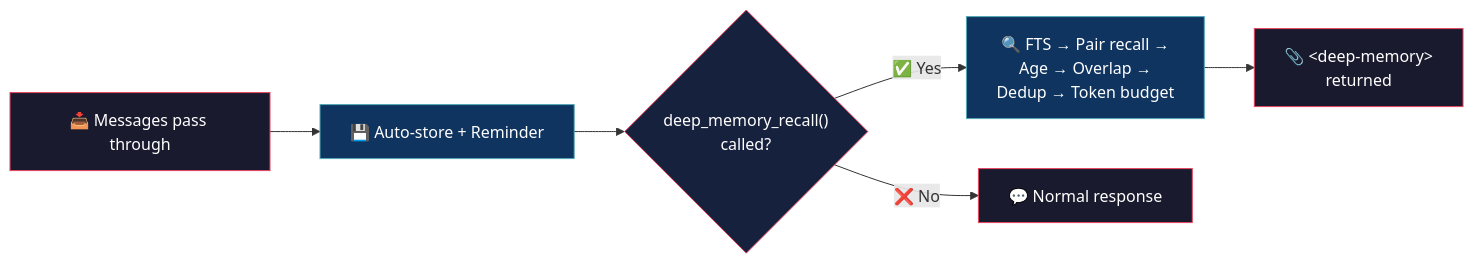
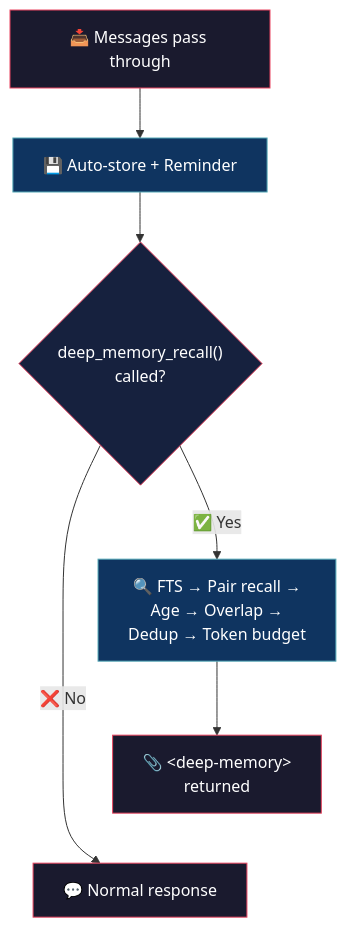
Before and after one commit to alejo54dev/opencode-deep-memory: the diagram in README.md, drawn with Mermaid.

Commit message:
fix: TD flowchart with invisible edge for 2-column layout

````diff
--- a/README.md
+++ b/README.md
@@ -21,16 +21,17 @@
 ```mermaid
-flowchart LR
+flowchart TD
     A["📥 Messages pass through"]
     A --> B["💾 Auto-store + Reminder"]
     B --> C{"deep_memory_recall()<br/>called?"}
     C -->|"✅ Yes"| D["🔍 FTS → Pair recall →<br/>Age → Overlap →<br/>Dedup → Token budget"]
     D --> E["📎 &lt;deep-memory&gt;<br/>returned"]
     C -->|"❌ No"| F["💬 Normal response"]
+    E ~~~ F
 
     style A fill:#1a1a2e,stroke:#e94560,color:#fff
     style B fill:#0f3460,stroke:#53a8b6,color:#fff
     style C fill:#16213e,stroke:#e94560,color:#fff
     style D fill:#0f3460,stroke:#53a8b6,color:#fff
     style E fill:#1a1a2e,stroke:#e94560,color:#fff
     style F fill:#1a1a2e,stroke:#e94560,color:#fff
 ```
````
